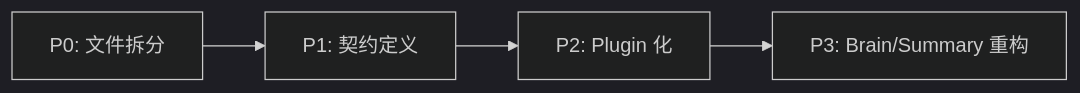
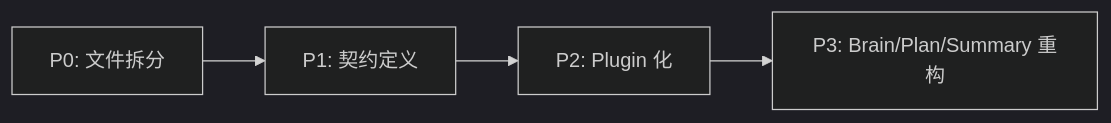
The diagram in docs/design/modular-refactor-implementation.md (diaters/AH), drawn with Mermaid (dark theme) before and after one commit. The commit also changed other lines of this file, not shown here.

Commit message:
docs: mark P0 phase as complete in implementation plan

````diff
--- a/docs/design/modular-refactor-implementation.md
+++ b/docs/design/modular-refactor-implementation.md
@@ -74,6 +78,6 @@
 ```mermaid
 flowchart LR
     P0[P0: 文件拆分] --> P1[P1: 契约定义]
     P1 --> P2[P2: Plugin 化]
-    P2 --> P3[P3: Brain/Summary 重构]
+    P2 --> P3[P3: Brain/Plan/Summary 重构]
 ```
````
